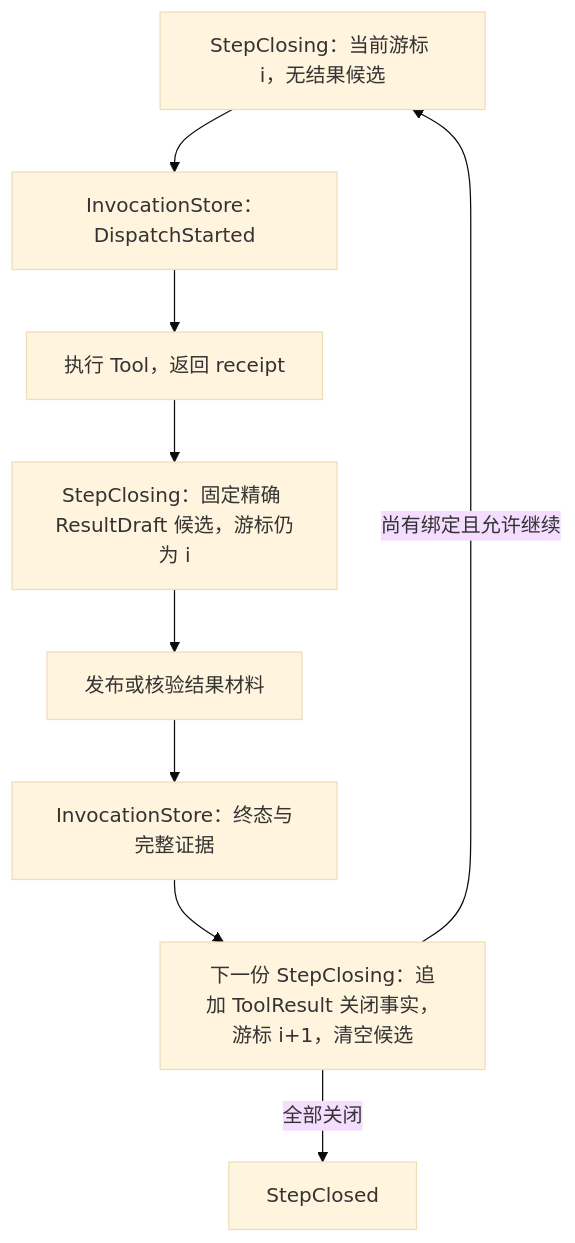
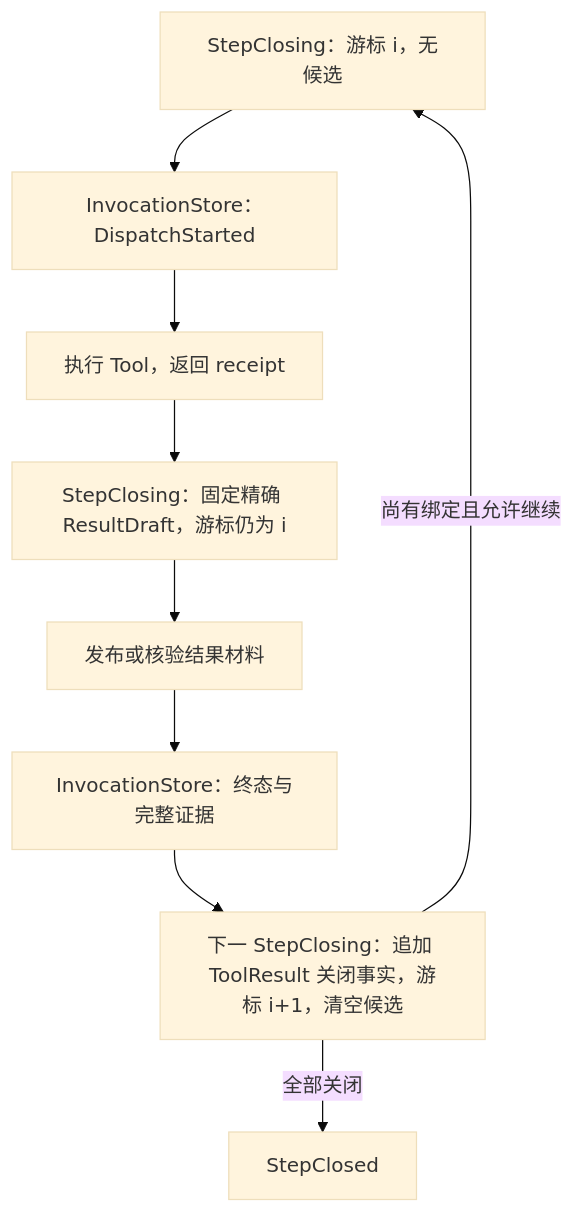
The third of 4 diagrams in docs/architecture/session.md (Skyline10124/lattice), drawn with Mermaid (base theme) before and after one commit. The commit also changed other lines of this file and 12 other files, not shown here.

First line of the commit message:
docs(architecture): 重写 R1 职责流程与验证说明

````diff
--- a/docs/architecture/session.md
+++ b/docs/architecture/session.md
@@ -213,11 +282,11 @@
 ```mermaid
 flowchart TD
-    S["StepClosing：当前游标 i，无结果候选"] --> D["InvocationStore：DispatchStarted"]
+    S["StepClosing：游标 i，无候选"] --> D["InvocationStore：DispatchStarted"]
     D --> E["执行 Tool，返回 receipt"]
-    E --> P["StepClosing：固定精确 ResultDraft 候选，游标仍为 i"]
+    E --> P["StepClosing：固定精确 ResultDraft，游标仍为 i"]
     P --> R["发布或核验结果材料"]
     R --> T["InvocationStore：终态与完整证据"]
-    T --> N["下一份 StepClosing：追加 ToolResult 关闭事实，游标 i+1，清空候选"]
+    T --> N["下一 StepClosing：追加 ToolResult 关闭事实，游标 i+1，清空候选"]
     N -->|尚有绑定且允许继续| S
     N -->|全部关闭| C["StepClosed"]
 ```
````
